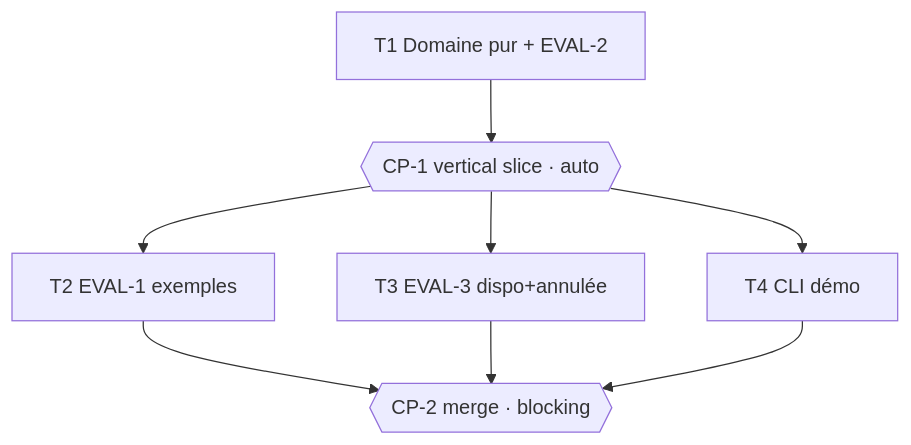
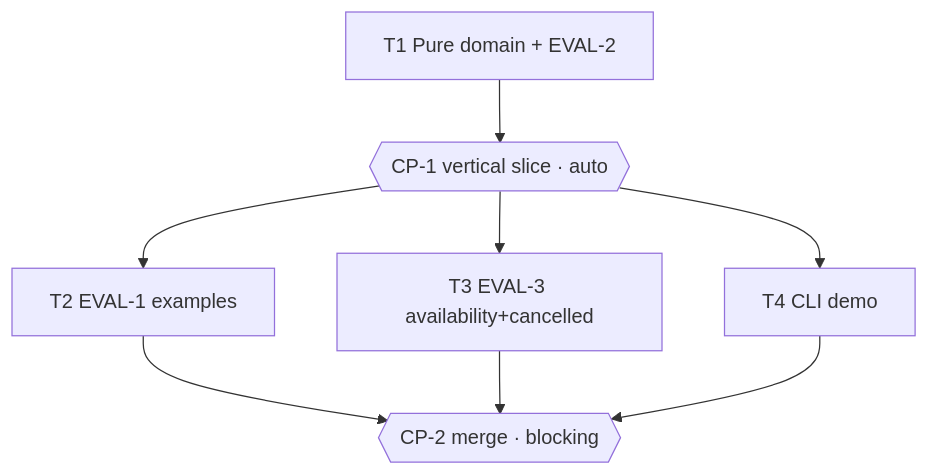
One commit to antoinelef23/Claudo changed the diagram in work/salle-booking/tasks.md. Above: the diagram before and after it, drawn with Mermaid. The commit also changed other lines of this file and 85 other files, not shown here.

````diff
--- a/work/salle-booking/tasks.md
+++ b/work/salle-booking/tasks.md
@@ -25,10 +25,10 @@
 ```mermaid
 flowchart TD
-    T1[T1 Domaine pur + EVAL-2] --> CP1{{CP-1 vertical slice · auto}}
-    CP1 --> T2[T2 EVAL-1 exemples]
-    CP1 --> T3[T3 EVAL-3 dispo+annulée]
-    CP1 --> T4[T4 CLI démo]
+    T1[T1 Pure domain + EVAL-2] --> CP1{{CP-1 vertical slice · auto}}
+    CP1 --> T2[T2 EVAL-1 examples]
+    CP1 --> T3[T3 EVAL-3 availability+cancelled]
+    CP1 --> T4[T4 CLI demo]
     T2 --> CP2{{CP-2 merge · blocking}}
     T3 --> CP2
     T4 --> CP2
 ```
````
